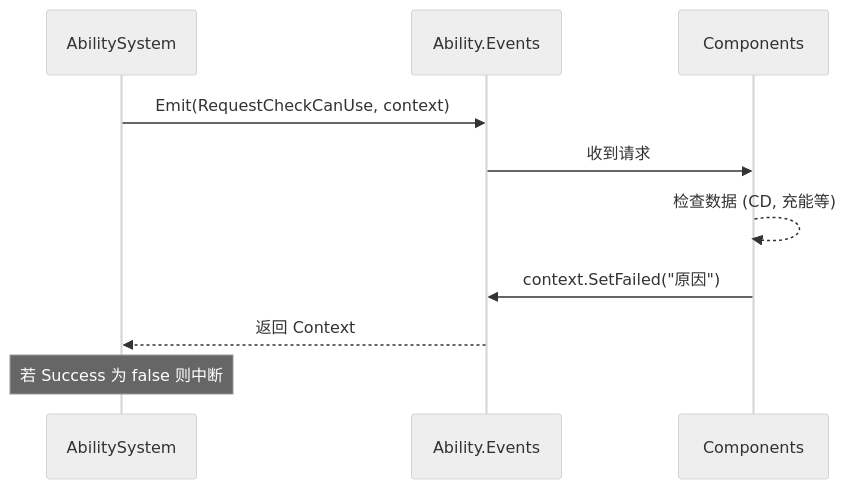
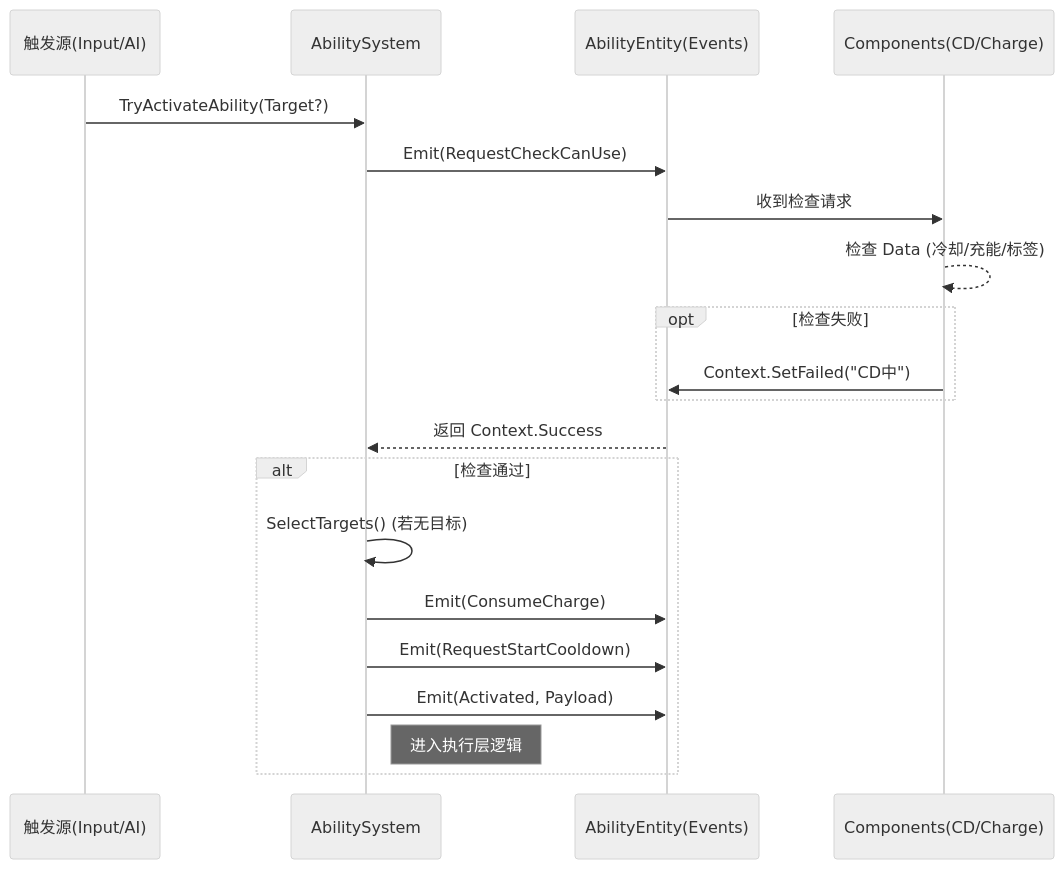
One commit to alading-2/GodotCSharpECSStruct_Open changed the diagram in docs/框架/ECS/Ability/技能系统架构设计理念.md. Above: the diagram before and after it, drawn with Mermaid (neutral theme). The commit also changed other lines of this file and 34 other files, not shown here.

````diff
--- a/docs/框架/ECS/Ability/技能系统架构设计理念.md
+++ b/docs/框架/ECS/Ability/技能系统架构设计理念.md
@@ -151,13 +74,24 @@
 ```mermaid
 sequenceDiagram
-    participant S as AbilitySystem
-    participant E as Ability.Events
-    participant C as Components
+    participant Source as 触发源(Input/AI)
+    participant Sys as AbilitySystem
+    participant E as AbilityEntity(Events)
+    participant Cmp as Components(CD/Charge)
     
-    S->>E: Emit(RequestCheckCanUse, context)
-    E->>C: 收到请求
-    C-->>C: 检查数据 (CD, 充能等)
-    C->>E: context.SetFailed("原因")
-    E-->>S: 返回 Context
-    Note over S: 若 Success 为 false 则中断
+    Source->>Sys: TryActivateAbility(Target?)
+    Sys->>E: Emit(RequestCheckCanUse)
+    E->>Cmp: 收到检查请求
+    Cmp-->>Cmp: 检查 Data (冷却/充能/标签)
+    opt 检查失败
+        Cmp->>E: Context.SetFailed("CD中")
+    end
+    E-->>Sys: 返回 Context.Success
+    
+    alt 检查通过
+        Sys->>Sys: SelectTargets() (若无目标)
+        Sys->>E: Emit(ConsumeCharge)
+        Sys->>E: Emit(RequestStartCooldown)
+        Sys->>E: Emit(Activated, Payload)
+        Note right of Sys: 进入执行层逻辑
+    end
 ```
````
